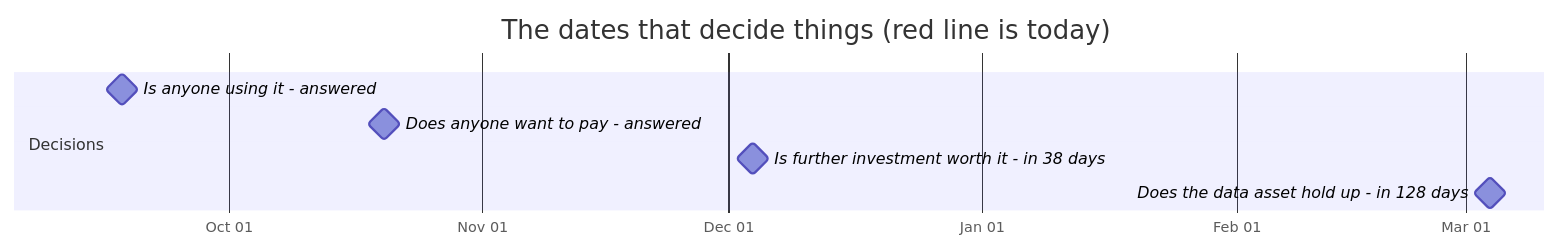
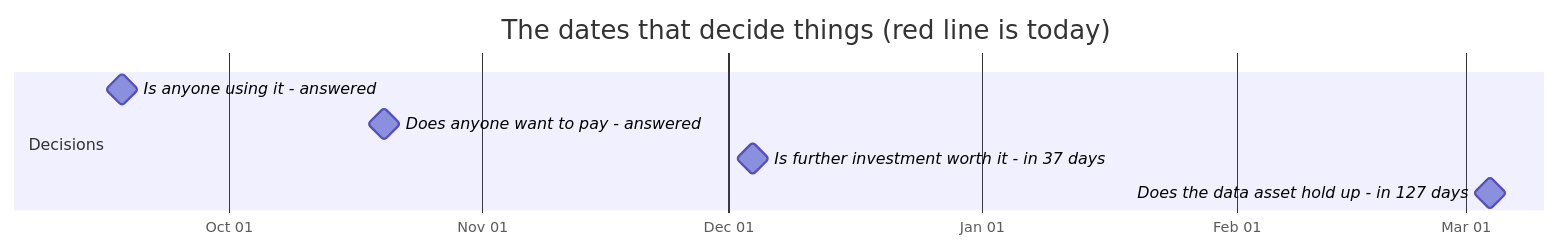
One commit to jakegu1/vetagent changed the first of 2 diagrams in docs/OWNER.md. Above: the diagram before and after it, drawn with Mermaid. The commit also changed other lines of this file and 1 other file, not shown here.

````diff
--- a/docs/OWNER.md
+++ b/docs/OWNER.md
@@ -67,12 +67,12 @@
 ```mermaid
 gantt
     dateFormat YYYY-MM-DD
     axisFormat %b %d
     todayMarker stroke-width:3px,stroke:#d33,stroke-dasharray:0
     title The dates that decide things (red line is today)
     section Decisions
     Is anyone using it - answered :milestone, 2026-09-18, 0d
     Does anyone want to pay - answered :milestone, 2026-10-20, 0d
-    Is further investment worth it - in 38 days :milestone, 2026-12-04, 0d
-    Does the data asset hold up - in 128 days :milestone, 2027-03-04, 0d
+    Is further investment worth it - in 37 days :milestone, 2026-12-04, 0d
+    Does the data asset hold up - in 127 days :milestone, 2027-03-04, 0d
 ```
````
